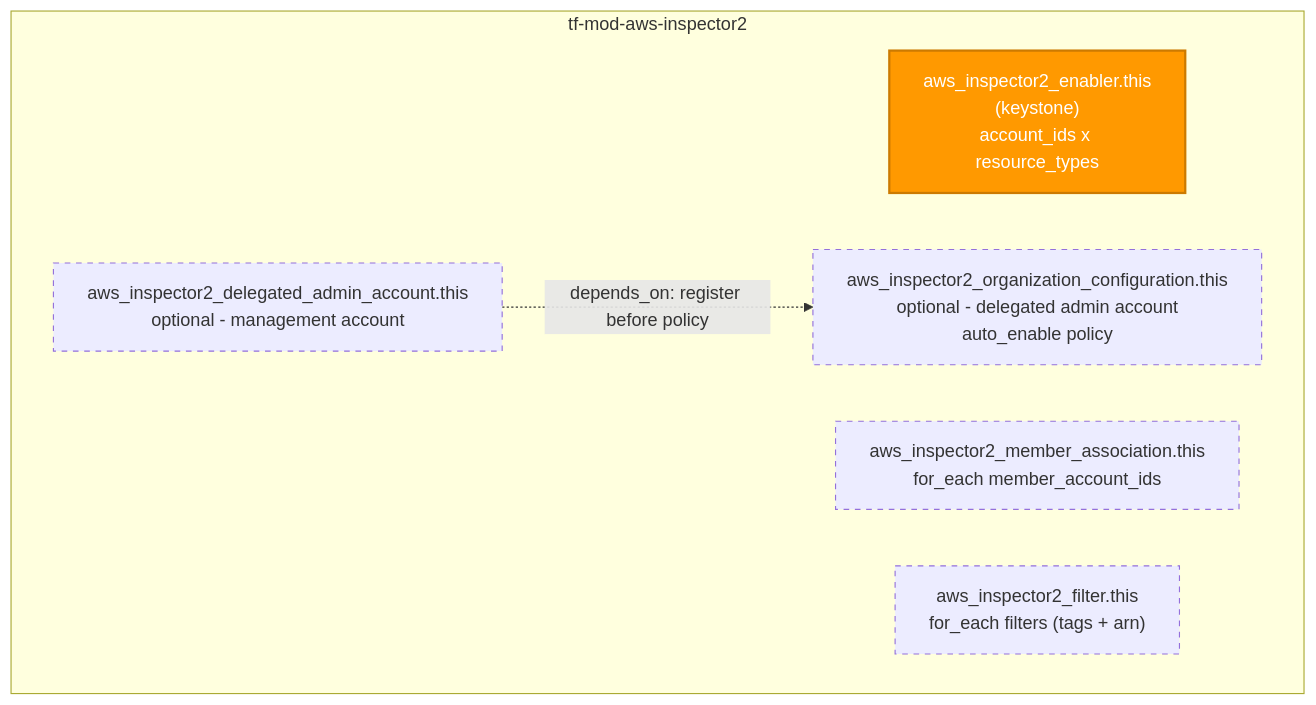
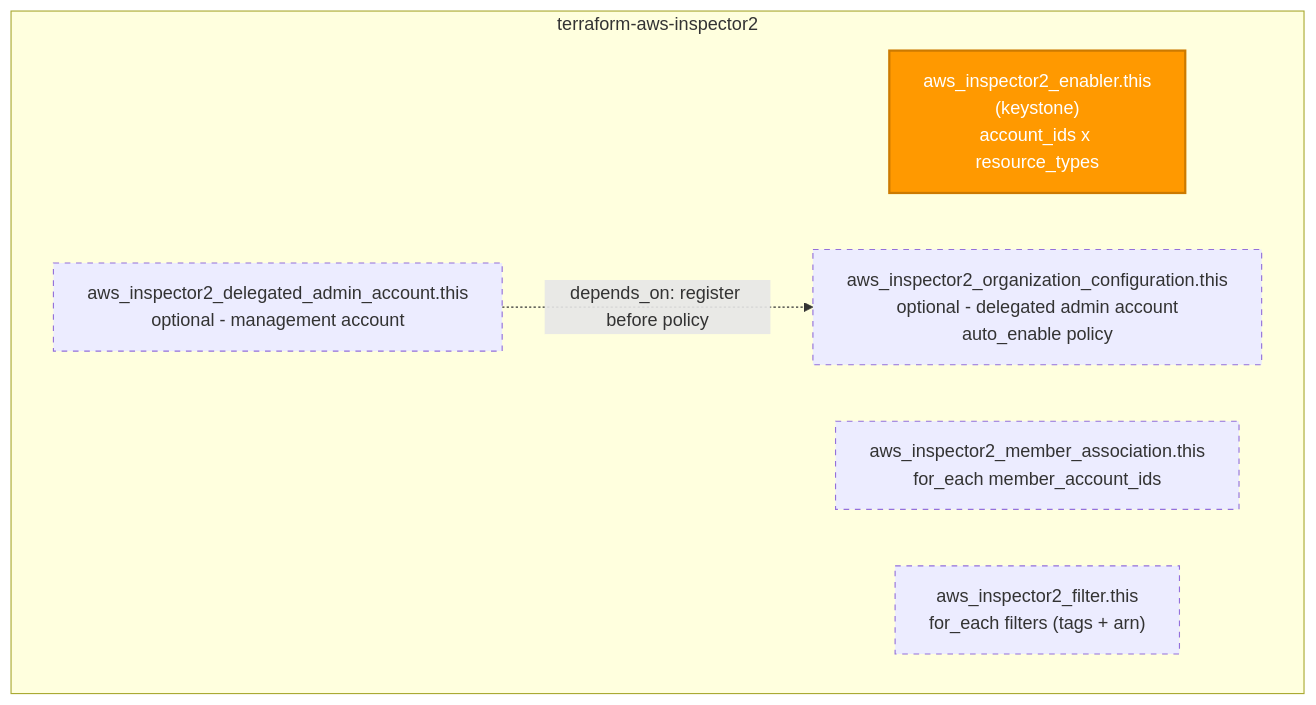
One commit to microsoftexpert/terraform-aws-inspector2 changed the second of 2 diagrams in README.md. Above: the diagram before and after it, drawn with Mermaid. The commit also changed other lines of this file and 4 other files, not shown here.

````diff
--- a/README.md
+++ b/README.md
@@ -66,18 +66,18 @@
 ```mermaid
 flowchart TD
- subgraph mod["tf-mod-aws-inspector2"]
+ subgraph mod["terraform-aws-inspector2"]
  en["aws_inspector2_enabler.this<br/>(keystone)<br/>account_ids x resource_types"]
  da["aws_inspector2_delegated_admin_account.this<br/>optional - management account"]
  oc["aws_inspector2_organization_configuration.this<br/>optional - delegated admin account<br/>auto_enable policy"]
  ma["aws_inspector2_member_association.this<br/>for_each member_account_ids"]
  fl["aws_inspector2_filter.this<br/>for_each filters (tags + arn)"]
  end
 
  da -.->|"depends_on: register before policy"| oc
 
  style en fill:#FF9900,color:#fff,stroke:#cc7a00,stroke-width:2px
  style da stroke-dasharray: 5 5
  style oc stroke-dasharray: 5 5
  style ma stroke-dasharray: 5 5
  style fl stroke-dasharray: 5 5
 ```
````
